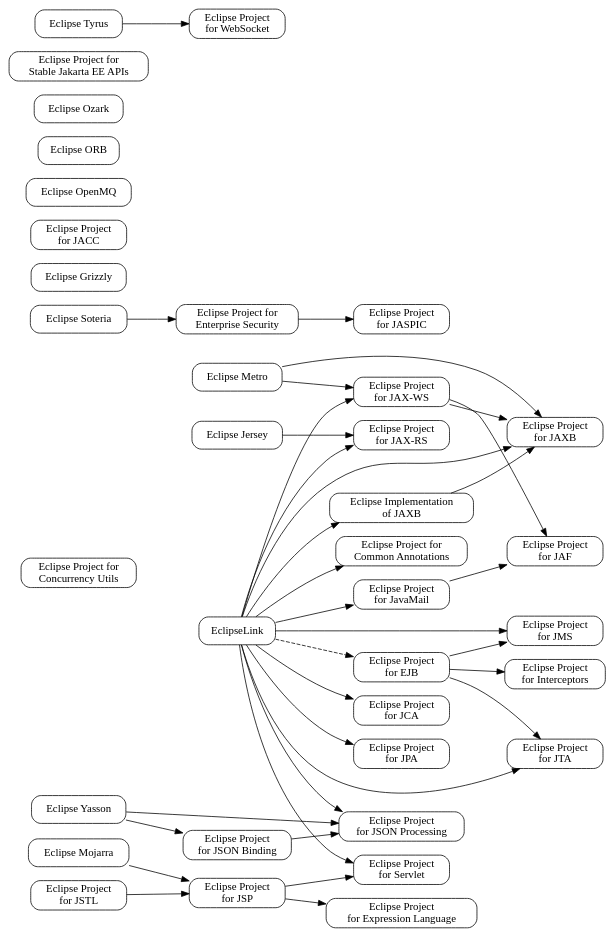
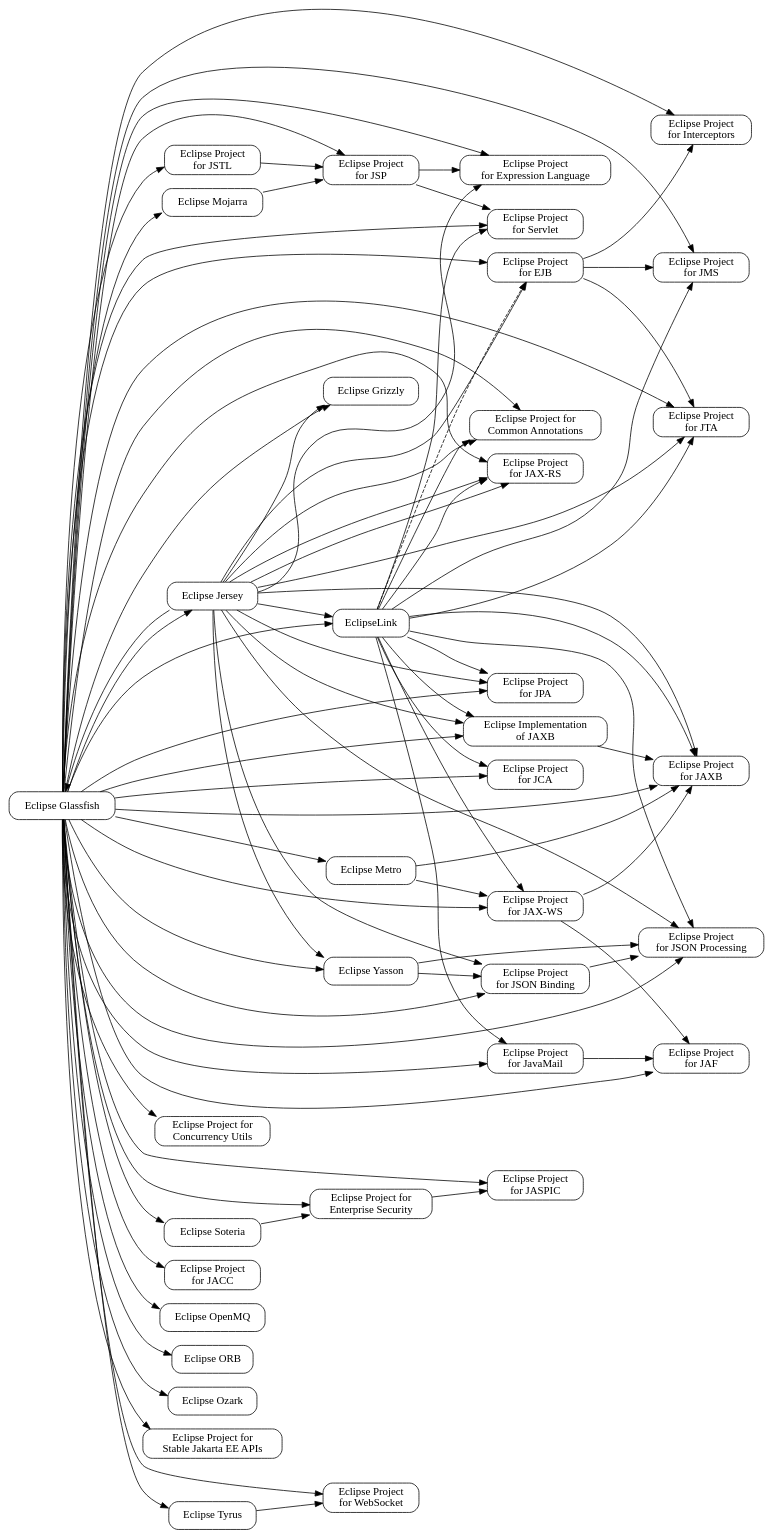
The diagram in src/dot/dependencies.dot (eclipse-ee4j/ee4j-website), drawn with Graphviz before and after one commit.

Commit message:
GlassFish and Jersey dependencies added to dependencies.dot

```diff
--- a/src/dot/dependencies.dot
+++ b/src/dot/dependencies.dot
@@ -1,109 +1,168 @@
 /********************************************************************************
  * Copyright (c) 2018 Contributors to the Eclipse Foundation
  * 
  * See the NOTICE file(s) distributed with this work for additional
  * information regarding copyright ownership.
  * 
  * This program and the accompanying materials are made available under the
  * terms of the Eclipse Distribution License v. 1.0 which is available at
  * http://www.eclipse.org/org/documents/edl-v10.php.
  * 
  * SPDX-License-Identifier: BSD-3-Clause
  ********************************************************************************/
 
 // This file defines a graph of the relationship between the
 // EE4J Projects that make up Jakarta EE.
 //
 // Render using Graphviz.
 // e.g. 
 // > dot dependencies.dot -Tsvg > dependencies.svg
 //
 
 digraph G {
 	rankdir=LR;
 	rank=same;
 
 	// Eclipse project nodes
 	// Projects that provide definitions or implementations of the
 	// specifications go here. All nodes that represent
 	// projects are prefixed with "project_"
 	
 	node[ shape=box, style="rounded" ]
-	//project_platform[ label="Eclipse Project for\nJakarta EE Platform", URL="https://projects.eclipse.org/proposals/eclipse-jakarta-ee-platform" ];
+	project_glassfish[ label="Eclipse Glassfish", URL="https://projects.eclipse.org/projects/ee4j.glassfish" ];
 	project_ca[ label="Eclipse Project for\nCommon Annotations", URL="https://projects.eclipse.org/projects/ee4j.ca" ];
 	project_cu[ label="Eclipse Project for\nConcurrency Utils", URL="https://projects.eclipse.org/projects/ee4j.cu" ];
 	project_eclipselink[ label="EclipseLink", URL="https://projects.eclipse.org/projects/ee4j.eclipselink" ];
 	project_ejb[ label="Eclipse Project\nfor EJB", URL="https://projects.eclipse.org/proposals/eclipse-project-ejb" ];
 	project_el[ label="Eclipse Project\nfor Expression Language", URL="https://projects.eclipse.org/projects/ee4j.el" ];
 	project_es[ label="Eclipse Project for\nEnterprise Security", URL="https://projects.eclipse.org/projects/ee4j.es/" ];
 	project_grizzly[ label="Eclipse Grizzly", URL="https://projects.eclipse.org/projects/ee4j.grizzly" ];
 	project_interceptors[ label="Eclipse Project\nfor Interceptors", URL="https://projects.eclipse.org/proposals/eclipse-project-interceptors" ];
 	project_jacc[label="Eclipse Project\nfor JACC", URL="https://projects.eclipse.org/projects/ee4j.jacc" ];
 	project_jaf[ label="Eclipse Project\nfor JAF", URL="https://projects.eclipse.org/proposals/eclipse-project-jaf" ];
 	project_javamail[ label="Eclipse Project\nfor JavaMail", URL="https://projects.eclipse.org/projects/ee4j.javamail" ];
 	project_jaspic[label="Eclipse Project\nfor JASPIC", URL="https://projects.eclipse.org/projects/ee4j.jaspic" ]; 
 	project_jaxb[ label="Eclipse Project\nfor JAXB", URL="https://projects.eclipse.org/proposals/eclipse-project-jaxb" ];
 	project_jaxb_impl[ label="Eclipse Implementation\nof JAXB", URL="https://projects.eclipse.org/proposals/eclipse-implementation-jaxb" ];
 	project_jaxrs[ label="Eclipse Project\nfor JAX-RS", URL="https://projects.eclipse.org/projects/ee4j.jaxrs" ];
 	project_jaxws[ label="Eclipse Project\nfor JAX-WS", URL="https://projects.eclipse.org/proposals/eclipse-project-jax-ws" ];
 	project_jca[ label="Eclipse Project\nfor JCA", URL="https://projects.eclipse.org/proposals/eclipse-project-jca" ];
 	project_jersey[ label="Eclipse Jersey", URL="https://projects.eclipse.org/projects/ee4j.jersey" ];
 	project_jms[ label="Eclipse Project\nfor JMS", URL="https://projects.eclipse.org/projects/ee4j.jms" ];
 	project_jpa[ label="Eclipse Project\nfor JPA", URL="https://projects.eclipse.org/projects/ee4j.jpa" ]
 	project_jsonp[ label="Eclipse Project\nfor JSON Processing", URL="https://projects.eclipse.org/projects/ee4j.jsonp" ];
 	project_jsonb[ label="Eclipse Project\nfor JSON Binding", URL="https://projects.eclipse.org/projects/ee4j.jsonb" ];
 	project_yasson[ label="Eclipse Yasson", URL="https://projects.eclipse.org/projects/ee4j.yasson" ];
 	project_jsp[ label="Eclipse Project\nfor JSP", URL="https://projects.eclipse.org/projects/ee4j.jsp" ];
 	project_jstl[ label="Eclipse Project\nfor JSTL", URL="https://projects.eclipse.org/projects/ee4j.jstl"  ];
 	project_jta[ label="Eclipse Project\nfor JTA", URL="https://projects.eclipse.org/projects/ee4j.jta" ];
 	project_metro[ label="Eclipse Metro", URL="https://projects.eclipse.org/proposals/eclipse-metro" ];
 	project_mojarra[ label="Eclipse Mojarra", URL="https://projects.eclipse.org/projects/ee4j.mojarra" ];
 	project_openmq[ label="Eclipse OpenMQ", URL="https://projects.eclipse.org/projects/ee4j.openmq" ];
 	project_orb[ label="Eclipse ORB" ];
 	project_ozark[ label="Eclipse Ozark" ];	
 	project_soteria[ label="Eclipse Soteria", URL="https://projects.eclipse.org/projects/ee4j.soteria" ];
 	project_stable[ label="Eclipse Project for\nStable Jakarta EE APIs", URL="https://projects.eclipse.org/projects/ee4j.jakartaee-stable" ];
 	project_servlet[ label="Eclipse Project\nfor Servlet", URL="https://projects.eclipse.org/projects/ee4j.servlet" ];
 	project_tyrus[ label="Eclipse Tyrus", URL="https://projects.eclipse.org/projects/ee4j.tyrus" ];
 	project_websocket[ label="Eclipse Project\nfor WebSocket", URL="https://projects.eclipse.org/projects/ee4j.websocket" ];
 
 	// Compile time sependencies between projects.
 	// e.g. EJB requires Interceptors, JTA, ...
 	edge[ style="solid" ];
-	project_ejb -> project_interceptors;
-	project_ejb -> project_jta;
-	project_ejb -> project_jms;
+
 	project_mojarra -> project_jsp;
 	project_jstl -> project_jsp;
 	project_jsp -> project_servlet;
 	project_jsp -> project_el;
 	project_javamail -> project_jaf;
 	project_jaxb_impl -> project_jaxb;
 	project_jaxws -> project_jaf;
 	project_jaxws -> project_jaxb;
 	project_metro -> project_jaxws;
 	project_metro -> project_jaxb;
 	project_es -> project_jaspic;
 	project_jsonb -> project_jsonp;
 	project_yasson -> project_jsonb;
 	project_yasson -> project_jsonp;
 	project_tyrus -> project_websocket;
 	project_jersey -> project_jaxrs;
 	project_soteria -> project_es;
+
+	// GlassFish
+	project_glassfish -> project_ca;
+	project_glassfish -> project_cu;
+	project_glassfish -> project_eclipselink;
+	project_glassfish -> project_ejb;
+	project_glassfish -> project_el;
+	project_glassfish -> project_es;
+	project_glassfish -> project_grizzly;
+	project_glassfish -> project_interceptors;
+	project_glassfish -> project_jacc;
+	project_glassfish -> project_jaf;
+	project_glassfish -> project_javamail;
+	project_glassfish -> project_jaspic;
+	project_glassfish -> project_jaxb;
+	project_glassfish -> project_jaxb_impl;
+	project_glassfish -> project_jaxrs;
+	project_glassfish -> project_jaxws;
+	project_glassfish -> project_jca;
+	project_glassfish -> project_jersey;
+	project_glassfish -> project_jms;
+	project_glassfish -> project_jpa;
+	project_glassfish -> project_jsonp;
+	project_glassfish -> project_jsonb;
+	project_glassfish -> project_yasson;
+	project_glassfish -> project_jsp;
+	project_glassfish -> project_jstl;
+	project_glassfish -> project_jta;
+	project_glassfish -> project_metro;
+	project_glassfish -> project_mojarra;
+	project_glassfish -> project_openmq;
+	project_glassfish -> project_orb;
+	project_glassfish -> project_ozark;
+	project_glassfish -> project_soteria;
+	project_glassfish -> project_stable;
+	project_glassfish -> project_servlet;
+	project_glassfish -> project_tyrus;
+	project_glassfish -> project_websocket;	
+	
+	// EJB
+	project_ejb -> project_interceptors;
+	project_ejb -> project_jta;
+	project_ejb -> project_jms;
+	
+	// EclipseLink
 	project_eclipselink -> project_jpa;
 	project_eclipselink -> project_jaxrs;
 	project_eclipselink -> project_jaxws;
 	project_eclipselink -> project_ca;
 	project_eclipselink -> project_jaxb;
 	project_eclipselink -> project_jaxb_impl;
 	project_eclipselink -> project_jsonp;
 	project_eclipselink -> project_jta;
 	project_eclipselink -> project_servlet;
 	project_eclipselink -> project_jca;
 	project_eclipselink -> project_jms;
 	project_eclipselink -> project_javamail;
 
+	// Jersey
+	project_jersey -> project_jaxrs;
+	project_jersey -> project_ca;
+	project_jersey -> project_jta;
+	project_jersey -> project_glassfish; // CYCLIC DEPENDENCY!!! hk2*, org.glassfish.main.ejb.ejb-container, org.glassfish.main.common.container-common, org.glassfish.web.javax.el
+	project_jersey -> project_grizzly;
+	project_jersey -> project_jaxb;
+	project_jersey -> project_jaxb_impl;
+	project_jersey -> project_eclipselink; // Moxy
+	project_jersey -> project_jpa;
+	project_jersey -> project_ejb;
+	project_jersey -> project_el;
+	project_jersey -> project_jsonp;
+	project_jersey -> project_jsonb;
+	project_jersey -> project_yasson;
+
 	// Tests dependencies
 	edge[ style="dashed" ];
 	project_eclipselink -> project_ejb;				
 }
```
